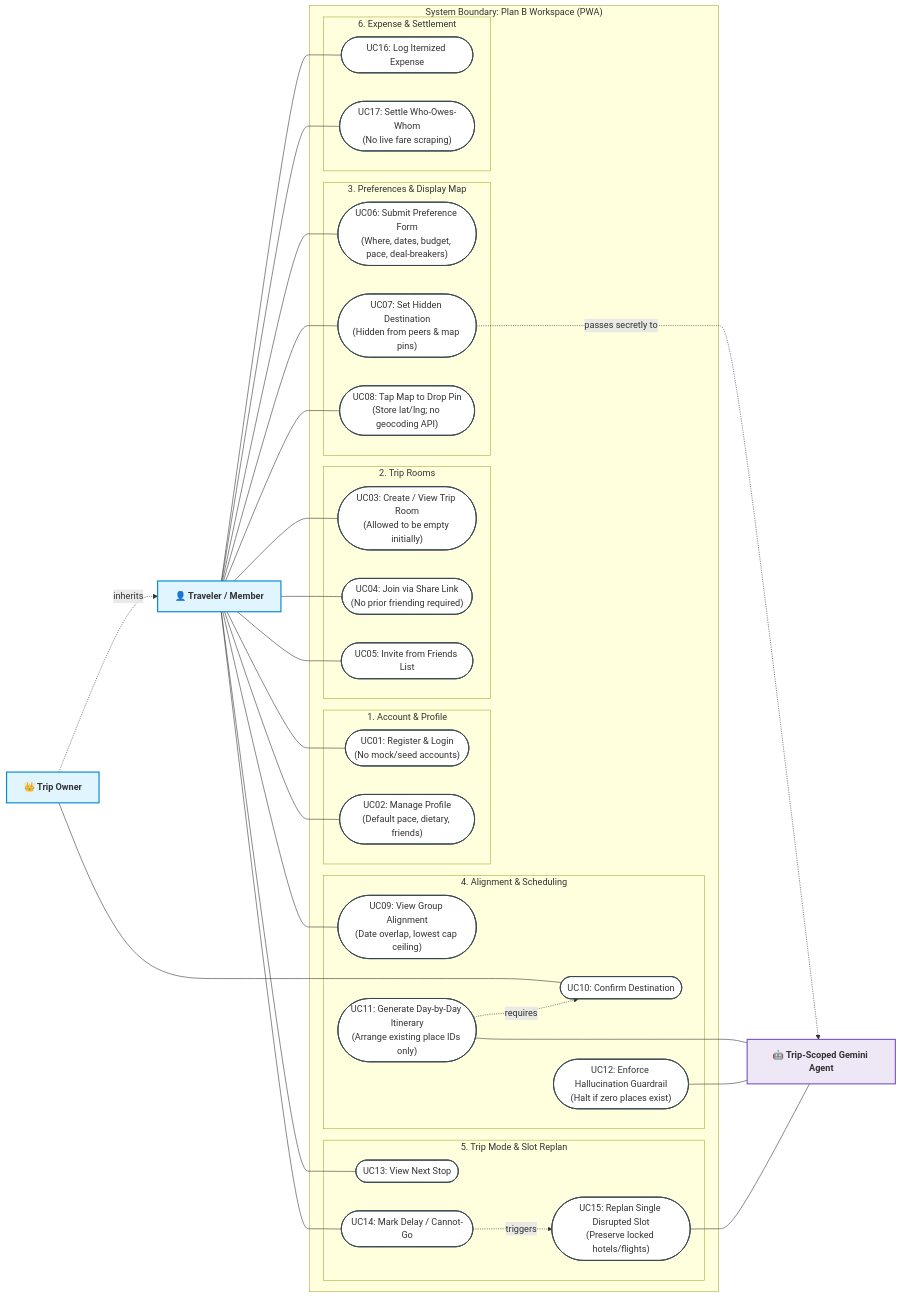
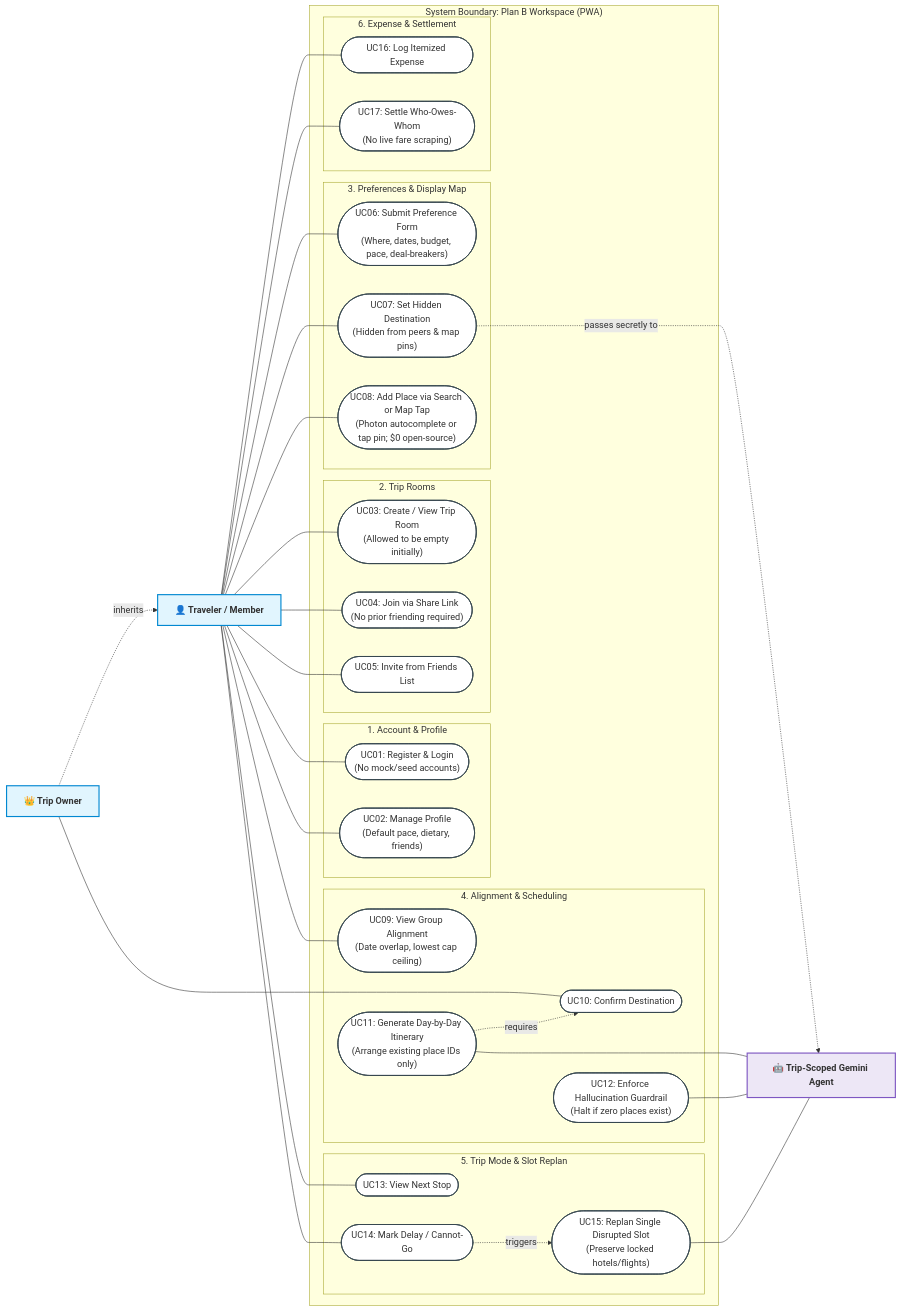
The second of 7 diagrams in docs/ideation.md (nlzce/We-are-the-champions_Plan-B), drawn with Mermaid before and after one commit. The commit also changed other lines of this file and 2 other files, not shown here.

Commit message:
docs: adopt OpenStreetMap + Photon fuzzy search dual-mode map architecture

````diff
--- a/docs/ideation.md
+++ b/docs/ideation.md
@@ -58,73 +58,73 @@
 ```mermaid
 flowchart LR
   classDef actor fill:#e1f5fe,stroke:#0288d1,stroke-width:2px,font-weight:bold;
   classDef usecase fill:#ffffff,stroke:#37474f,stroke-width:1.5px;
   classDef system fill:#f8f9fa,stroke:#455a64,stroke-width:2px;
   classDef ai fill:#ede7f6,stroke:#7e57c2,stroke-width:2px,font-weight:bold;
 
   Traveler["👤 Traveler / Member"]:::actor
   Owner["👑 Trip Owner"]:::actor
   Gemini["🤖 Trip-Scoped Gemini Agent"]:::ai
 
   Owner -.->|inherits| Traveler
 
   subgraph Boundary["System Boundary: Plan B Workspace (PWA)"]
     subgraph UC_Auth["1. Account & Profile"]
       UC01(["UC01: Register & Login<br/>(No mock/seed accounts)"]):::usecase
       UC02(["UC02: Manage Profile<br/>(Default pace, dietary, friends)"]):::usecase
     end
 
     subgraph UC_Room["2. Trip Rooms"]
       UC03(["UC03: Create / View Trip Room<br/>(Allowed to be empty initially)"]):::usecase
       UC04(["UC04: Join via Share Link<br/>(No prior friending required)"]):::usecase
       UC05(["UC05: Invite from Friends List"]):::usecase
     end
 
     subgraph UC_Prefs["3. Preferences & Display Map"]
       UC06(["UC06: Submit Preference Form<br/>(Where, dates, budget, pace, deal-breakers)"]):::usecase
       UC07(["UC07: Set Hidden Destination<br/>(Hidden from peers & map pins)"]):::usecase
-      UC08(["UC08: Tap Map to Drop Pin<br/>(Store lat/lng; no geocoding API)"]):::usecase
+      UC08(["UC08: Add Place via Search or Map Tap<br/>(Photon autocomplete or tap pin; $0 open-source)"]):::usecase
     end
 
     subgraph UC_Plan["4. Alignment & Scheduling"]
       UC09(["UC09: View Group Alignment<br/>(Date overlap, lowest cap ceiling)"]):::usecase
       UC10(["UC10: Confirm Destination"]):::usecase
       UC11(["UC11: Generate Day-by-Day Itinerary<br/>(Arrange existing place IDs only)"]):::usecase
       UC12(["UC12: Enforce Hallucination Guardrail<br/>(Halt if zero places exist)"]):::usecase
     end
 
     subgraph UC_Trip["5. Trip Mode & Slot Replan"]
       UC13(["UC13: View Next Stop"]):::usecase
       UC14(["UC14: Mark Delay / Cannot-Go"]):::usecase
       UC15(["UC15: Replan Single Disrupted Slot<br/>(Preserve locked hotels/flights)"]):::usecase
     end
 
     subgraph UC_Money["6. Expense & Settlement"]
       UC16(["UC16: Log Itemized Expense"]):::usecase
       UC17(["UC17: Settle Who-Owes-Whom<br/>(No live fare scraping)"]):::usecase
     end
   end
 
   Traveler --- UC01
   Traveler --- UC02
   Traveler --- UC03
   Traveler --- UC04
   Traveler --- UC05
   Traveler --- UC06
   Traveler --- UC07
   Traveler --- UC08
   Traveler --- UC09
   Traveler --- UC13
   Traveler --- UC14
   Traveler --- UC16
   Traveler --- UC17
 
   Owner --- UC10
 
   UC07 -.->|passes secretly to| Gemini
   UC11 -.->|requires| UC10
   UC11 --- Gemini
   UC12 --- Gemini
   UC14 -.->|triggers| UC15
   UC15 --- Gemini
 ```
````
